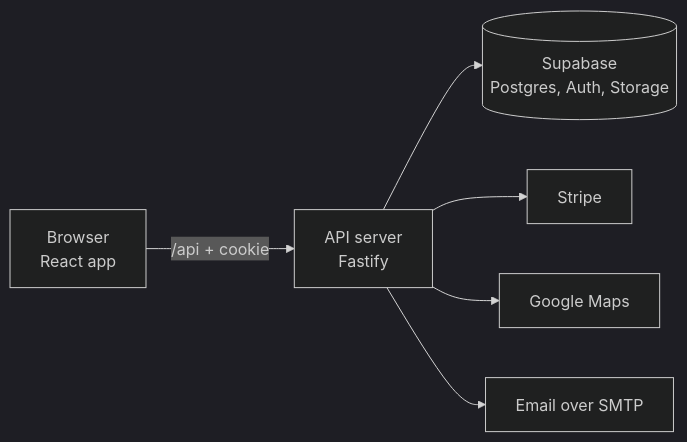
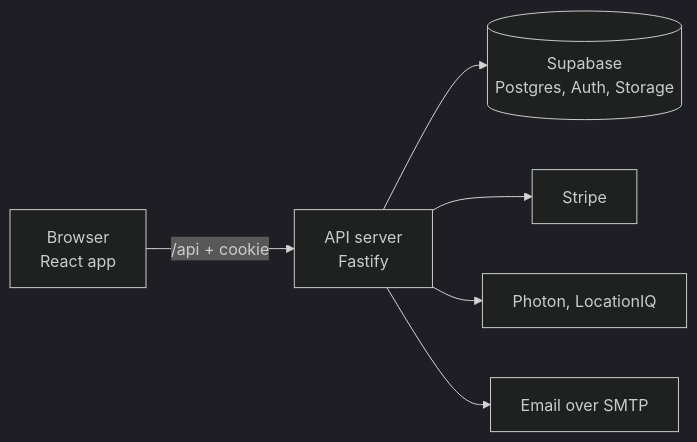
The diagram in README.md (rachelwong/preppers), drawn with Mermaid (dark theme) before and after one commit. The commit also changed other lines of this file and 73 other files, not shown here.

````diff
--- a/README.md
+++ b/README.md
@@ -37,8 +37,8 @@
 ```mermaid
 flowchart LR
   B[Browser<br/>React app] -->|/api + cookie| A[API server<br/>Fastify]
   A --> D[(Supabase<br/>Postgres, Auth, Storage)]
   A --> S[Stripe]
-  A --> G[Google Maps]
+  A --> G[Photon, LocationIQ]
   A --> R[Email over SMTP]
 ```
````
